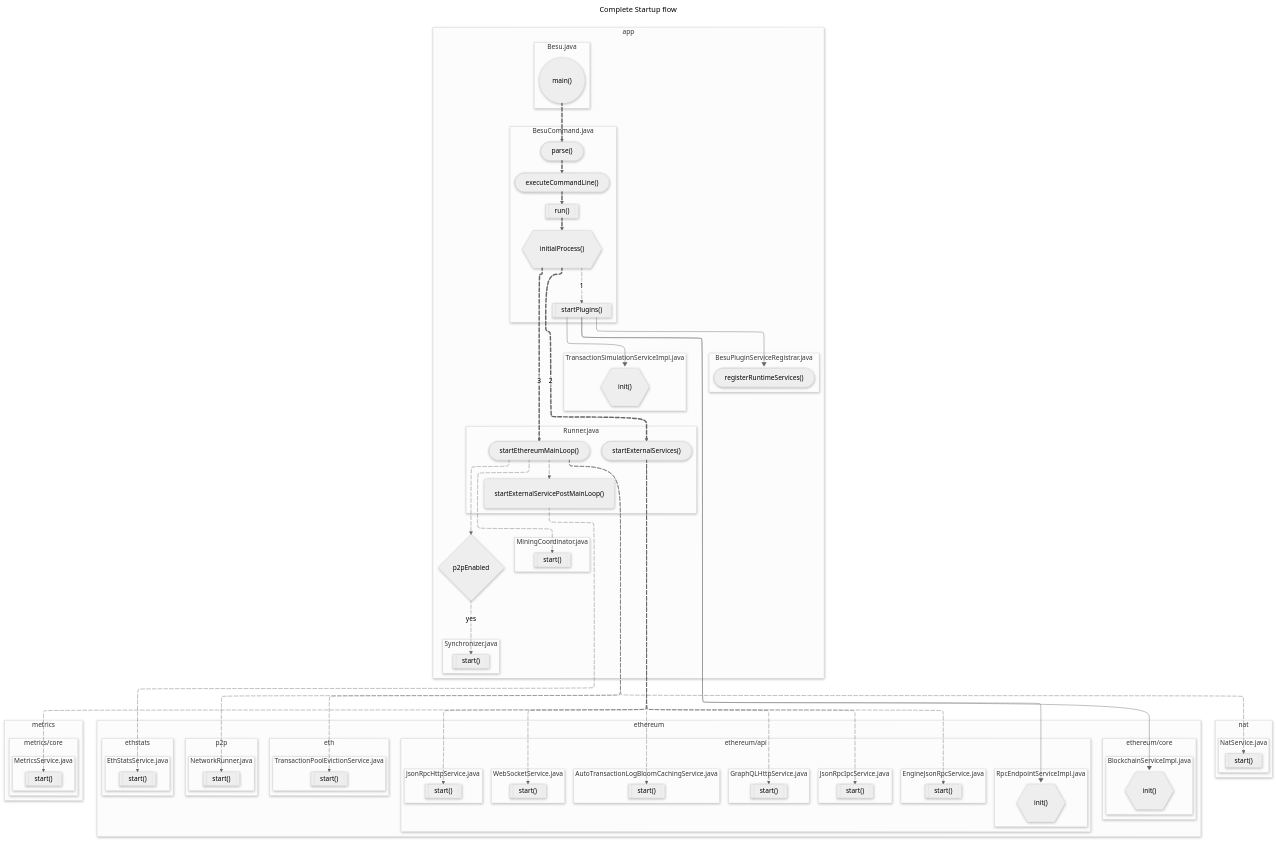
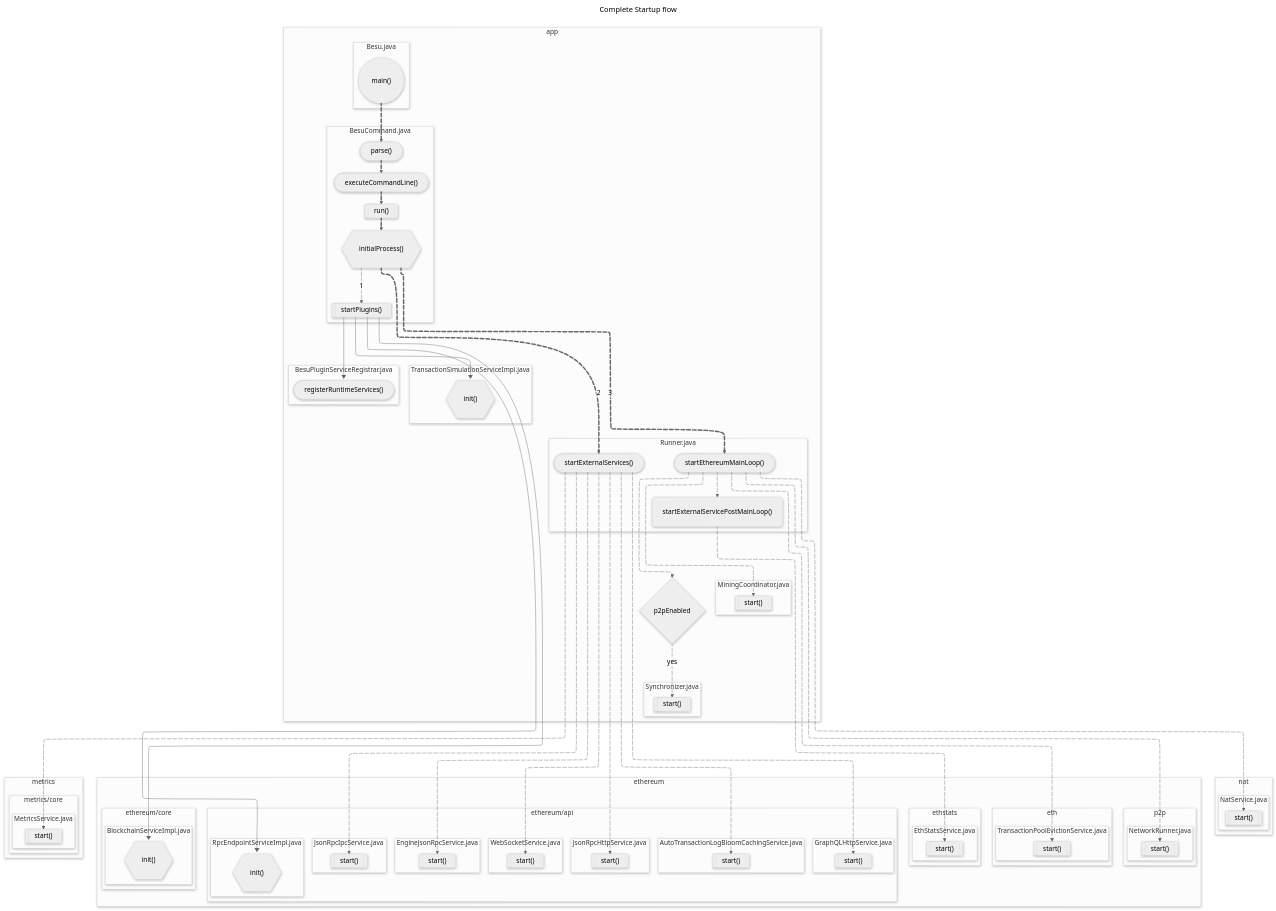
The diagram in diagrams/startup/BESU-STARTUP-000-birdview.mmd (mimanshumaheshwari-zeeve/besu-flow-documentation), drawn with Mermaid before and after one commit. The commit also changed 2 other files, not shown here.

Commit message:
Update renderer

```diff
--- a/diagrams/startup/BESU-STARTUP-000-birdview.mmd
+++ b/diagrams/startup/BESU-STARTUP-000-birdview.mmd
@@ -1,181 +1,183 @@
 ---
 title: "Complete Startup flow"
 config:
   htmlLabels: false
+
   layout: elk
+  look: neo
   theme: neutral
-  look: neo
 
   elk:
-    mergeEdges: true
+    mergeEdges: false
     nodePlacementStrategy: LINEAR_SEGMENTS
     nodePlacementAlignment: BALANCED
     keepEntryNodeOnTop: true
 
   flowchart:
     wrappingWidth: 350
     padding: 25
     inheritDir: false
     nodeSpacing: 20
     rankSpacing: 40
 ---
+%%{init: {"flowchart": {"defaultRenderer": "elk"}} }%%
 flowchart 
 
   %% nat module %%
   subgraph "nat"
     subgraph "NatService.java"
       nat_start[["`start()`"]]
     end
   end
 
   %% ethereum module %%
   subgraph ethereum 
     subgraph "ethereum/api"
       direction TD
       subgraph "RpcEndpointServiceImpl.java"
         rpcEndpointServiceImpl_init{{"`init()`"}}
       end
       subgraph "JsonRpcHttpService.java"
         ethereum_api_json_rpc_http_service_start[["`start()`"]]
       end
       subgraph "EngineJsonRpcService.java"
         ethereum_api_engine_api_service_start[["`start()`"]]
       end
       subgraph "GraphQLHttpService.java"
         ethereum_api_grpahql_http_service_start[["`start()`"]]
       end
       subgraph "WebSocketService.java"
         ethereum_api_websocket_service_start[["`start()`"]]
       end
       subgraph "JsonRpcIpcService.java"
         ethereum_api_json_rpc_ipc_service_start[["`start()`"]]
       end
       subgraph "AutoTransactionLogBloomCachingService.java"
         autotransactionlogbloomcachingservice_start[["`start()`"]]
       end
     end
     subgraph "ethereum/core"
       subgraph "BlockchainServiceImpl.java"
         blockchain_service_impl_init{{"`init()`"}}
       end
     end
     %% p2p module %%
     subgraph p2p 
       subgraph "NetworkRunner.java"
         networkrunner_start[["`start()`"]]
       end
     end
     subgraph "eth"
       subgraph "TransactionPoolEvictionService.java"
         transactionPoolEvictionService_start[["`start()`"]]
       end
     end
     subgraph "ethstats"
       subgraph "EthStatsService.java"
         ethstatsservece_start[["`start()`"]]
       end
     end
   end
 
   subgraph "metrics"
     direction LR
     subgraph "metrics/core"
       subgraph "MetricsService.java"
         metrics_service_start[["`start()`"]]
       end
     end
   end
 
   %% app module %%
   subgraph "app"
     subgraph BesuPluginServiceRegistrar.java 
       registerRuntimeServices(["`registerRuntimeServices()`"])
     end
 
     subgraph "TransactionSimulationServiceImpl.java"
       TransactionSimulationServiceImpl_init{{"`init()`"}}
     end
 
     subgraph "Besu.java"
       main(("`main()`"))
     end
 
     subgraph "Runner.java"
       startEthereumMainLoop(["`startEthereumMainLoop()`"])
       startExternalServicePostMainLoop("`startExternalServicePostMainLoop()`")
       startExternalServices(["`startExternalServices()`"])
       startEthereumMainLoop e6@--> startExternalServicePostMainLoop
     end
 
     subgraph "MiningCoordinator.java"
       mining_coordinator_start[["`start()`"]]
     end
 
     subgraph "Synchronizer.java"
       synchronizer_start[["`start()`"]]
     end
 
     subgraph BesuCommand.java 
       initialProcess{{"`initialProcess()`"}}
       parse(["`parse()`"])
       executeCommandLine(["`executeCommandLine()`"])
       run[["`run()`"]]
       startPlugins[["`startPlugins()`"]]
 
       parse e2@==> executeCommandLine
       executeCommandLine e3@==> run
       run e4@==> initialProcess
       initialProcess e11@-->|1| startPlugins
     end
 
     main e1@==> parse
     initialProcess e5@==>|3| startEthereumMainLoop
     initialProcess e14@==>|2| startExternalServices
     startEthereumMainLoop e9@--> nat_start
     startEthereumMainLoop e7@--> networkrunner_start
     startEthereumMainLoop e8@--> transactionPoolEvictionService_start
     startExternalServicePostMainLoop e10@--> ethstatsservece_start
     startEthereumMainLoop e12@--> mining_coordinator_start
     startEthereumMainLoop e25@--> p2pEnabled{p2pEnabled} e13@-->|yes| synchronizer_start
 
     startPlugins --> registerRuntimeServices
   end
 
   startExternalServices e15@--> metrics_service_start
   startExternalServices e16@--> ethereum_api_json_rpc_http_service_start
   startExternalServices e17@--> ethereum_api_engine_api_service_start
   startExternalServices e18@--> ethereum_api_grpahql_http_service_start
   startExternalServices e19@--> ethereum_api_websocket_service_start
   startExternalServices e20@--> ethereum_api_json_rpc_ipc_service_start
   startExternalServices e21@--> autotransactionlogbloomcachingservice_start
 
   startPlugins e23@--> TransactionSimulationServiceImpl_init
   startPlugins e24@ --> rpcEndpointServiceImpl_init
   startPlugins e22@--> blockchain_service_impl_init
 
 %% animate edges %%
 e1@{animate : true}
 e2@{animate : true}
 e3@{animate : true}
 e4@{animate : true}
 e5@{animate : true}
 e6@{animate : true}
 e7@{animate : true}
 e8@{animate : true}
 e9@{animate : true}
 e10@{animate : true}
 e11@{animate : true}
 e12@{animate : true}
 e13@{animate : true}
 e14@{animate : true}
 e15@{animate : true}
 e16@{animate : true}
 e17@{animate : true}
 e18@{animate : true}
 e19@{animate : true}
 e20@{animate : true}
 e21@{animate : true}
 e22@{animate : false}
 e23@{animate : false}
 e24@{animate : false}
 e25@{animate : true}
```
